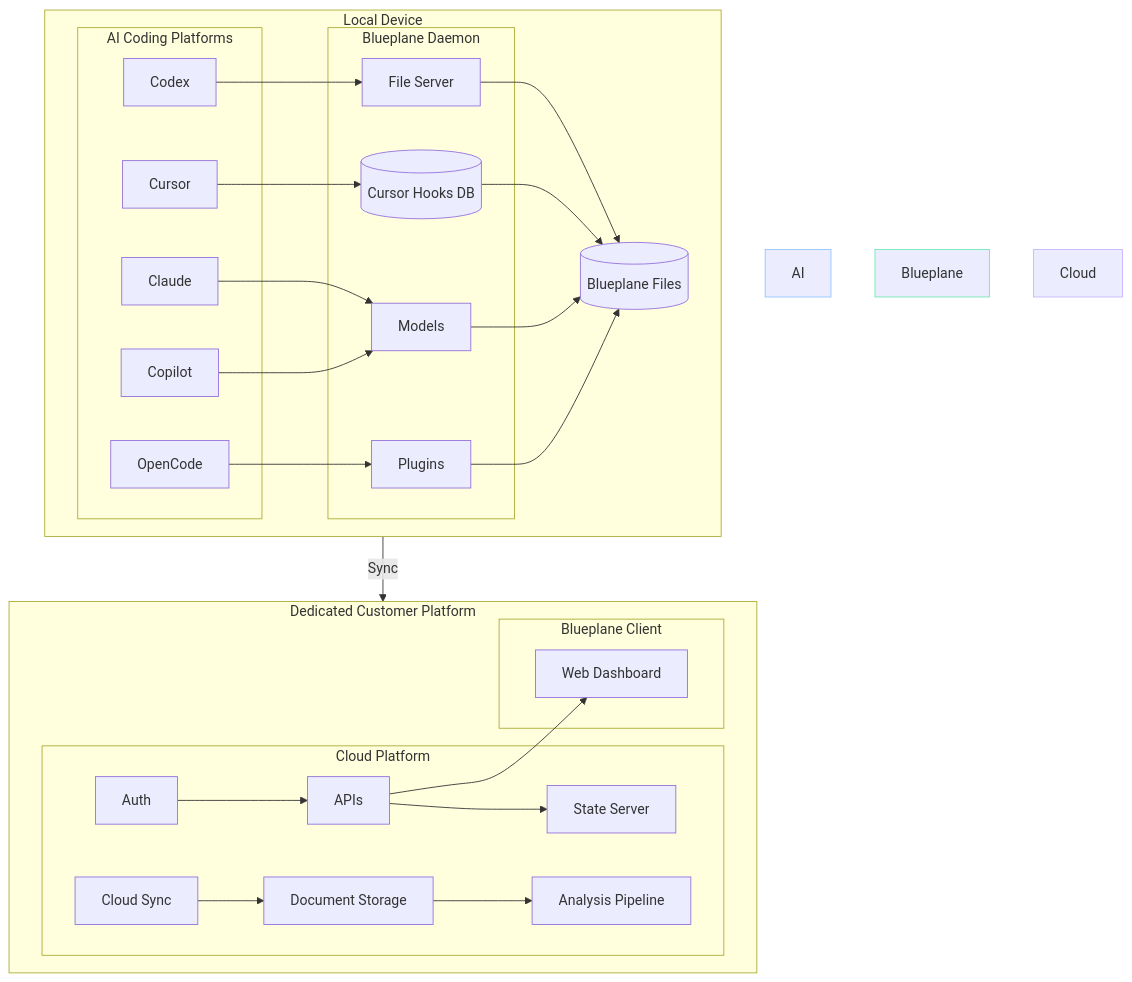
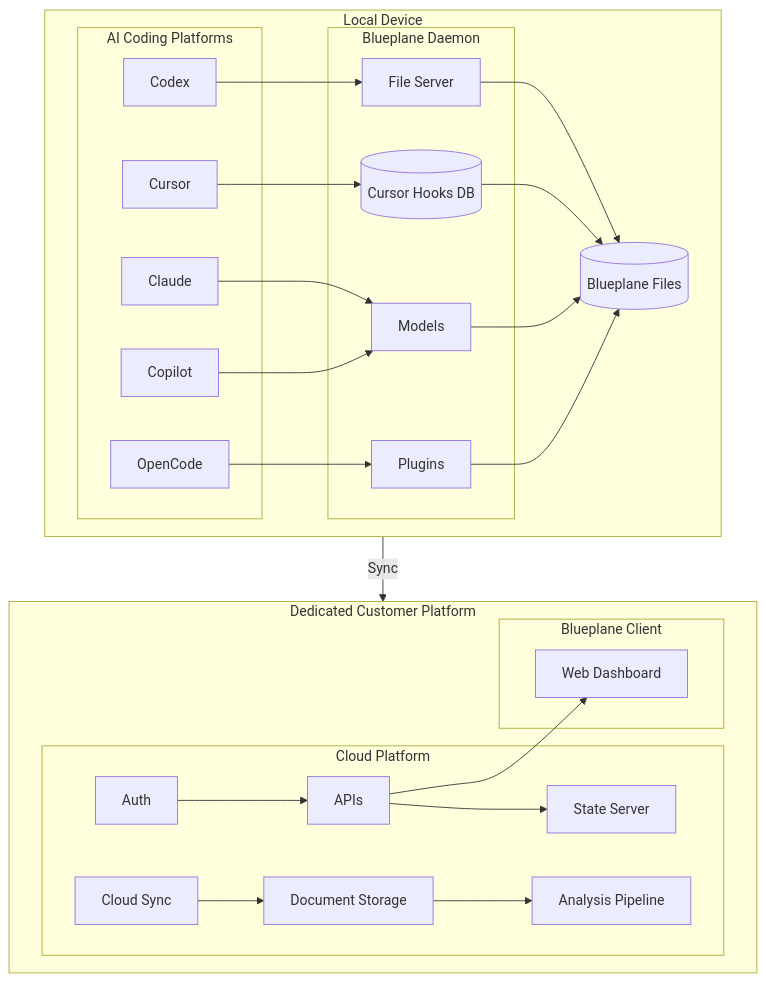
One commit to blueplane-ai/bp-app-releases changed the first of 2 diagrams in docs/SYSTEM_OVERVIEW.md. Above: the diagram before and after it, drawn with Mermaid.

````diff
--- a/docs/SYSTEM_OVERVIEW.md
+++ b/docs/SYSTEM_OVERVIEW.md
@@ -17,60 +17,57 @@
 ```mermaid
 graph TB
     subgraph Local Device
         direction LR
         subgraph AI Coding Platforms
             Codex[Codex]
             Cursor[Cursor]
             Claude[Claude]
             OpenCode[OpenCode]
             Copilot[Copilot]
         end
 
         subgraph Blueplane Daemon
             FS[File Server]
             CursorDB[(Cursor Hooks DB)]
             Models[Models]
             Plugins[Plugins]
         end
 
         BPFiles[(Blueplane Files)]
 
         Codex --> FS
         Cursor --> CursorDB
         Claude --> Models
         OpenCode --> Plugins
         Copilot --> Models
         FS --> BPFiles
         CursorDB --> BPFiles
         Models --> BPFiles
         Plugins --> BPFiles
     end
 
     subgraph Dedicated Customer Platform
         direction LR
         subgraph Cloud Platform
             DocStore[Document Storage]
             Pipeline[Analysis Pipeline]
             CloudSync[Cloud Sync]
             Auth[Auth]
             APIs[APIs]
             StateSrv[State Server]
             DocStore --> Pipeline
             Auth --> APIs
             APIs --> StateSrv
         end
 
         subgraph Blueplane Client
             Dashboard[Web Dashboard]
         end
 
         CloudSync --> DocStore
         APIs --> Dashboard
     end
 
     BPFiles -- Sync --> CloudSync
 
-    style AI Coding Platforms fill:#dbeafe,stroke:#93c5fd
-    style Blueplane Daemon fill:#d1fae5,stroke:#6ee7b7
-    style Cloud Platform fill:#ede9fe,stroke:#c4b5fd
 ```
````
